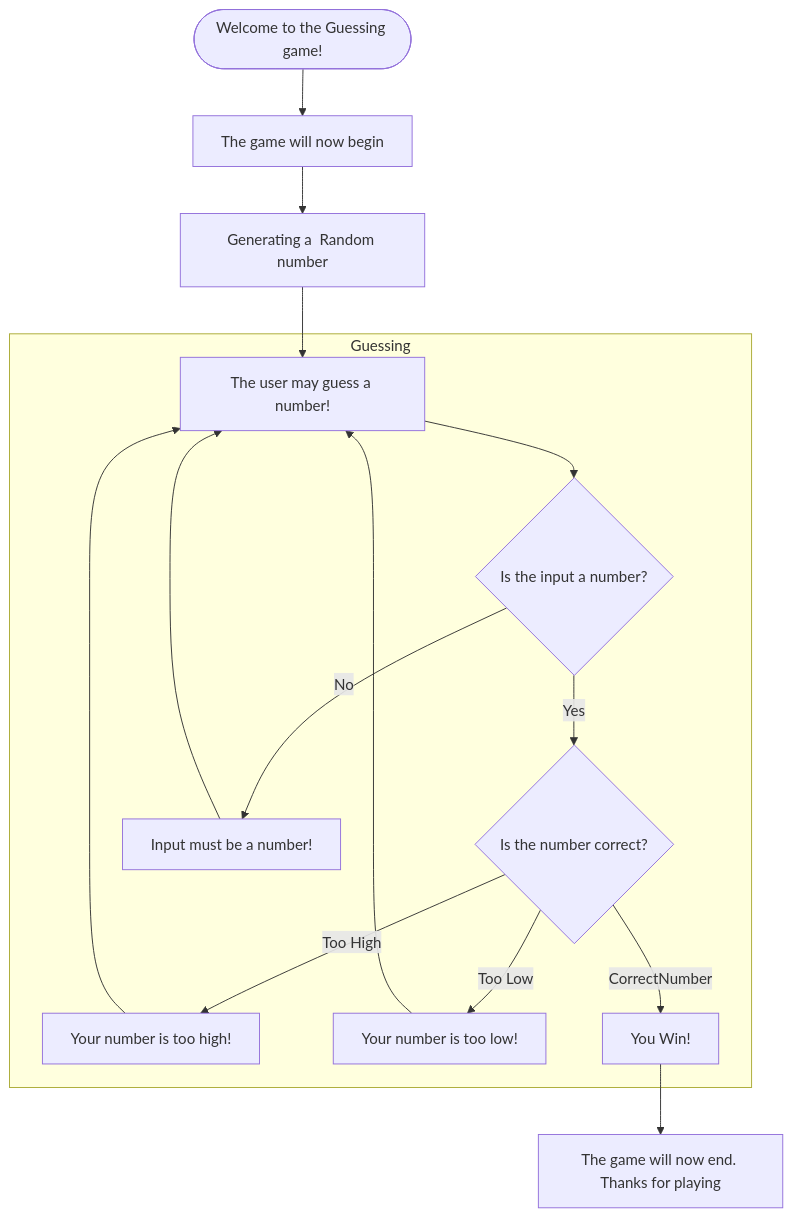
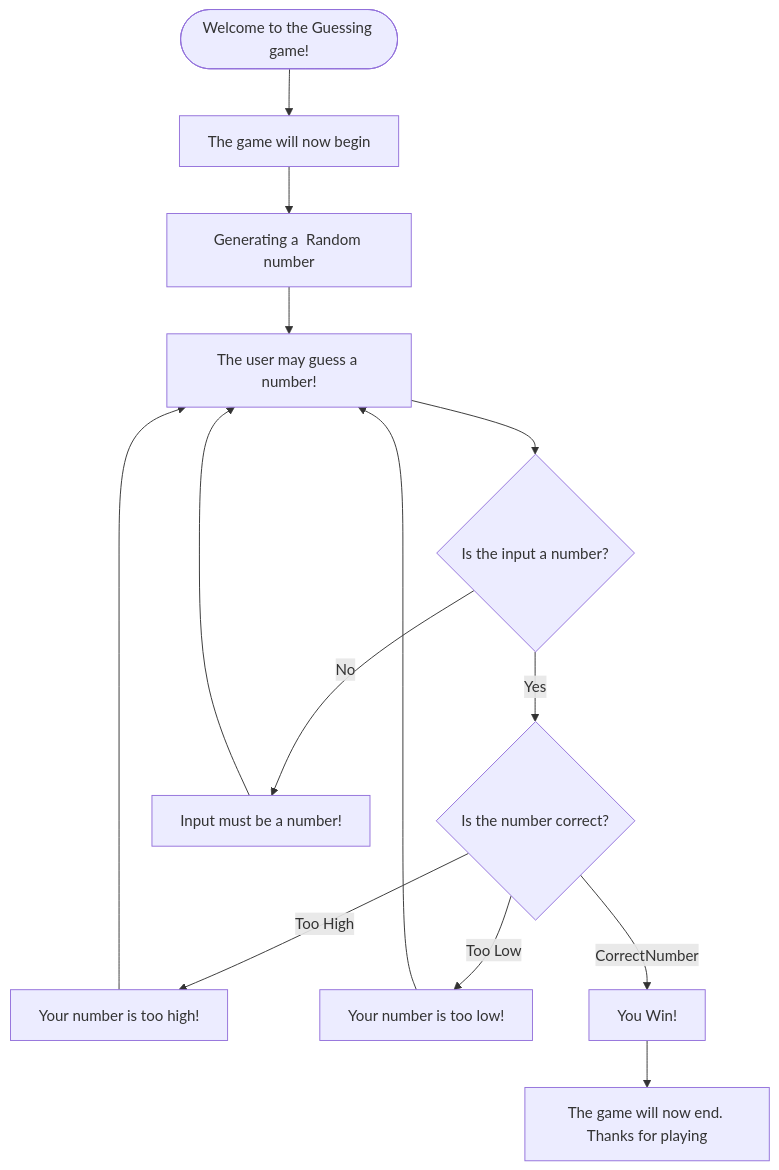
One commit to josh-keilder/josh-keilder.github.io changed the diagram in Guessing.md. Above: the diagram before and after it, drawn with Mermaid.

````diff
--- a/Guessing.md
+++ b/Guessing.md
@@ -1,18 +1,18 @@
 ```mermaid
 flowchart TD
   Start([Welcome to the Guessing game!]) --> Begin["The game will now begin"]
   Begin --> RandomNumber[Generating a  Random number]
   RandomNumber --> Input["The user may guess a number!"]
 
   Input --> IsNumber{Is the input a number?}
 
-  subgraph Guessing
-    IsNumber -- Yes --> CheckCorrect{Is the number correct?}
-    IsNumber -- No --> Error[Input must be a number!] --> Input
-    CheckCorrect -- Too High --> HighNumber[Your number is too high!] --> Input
-    CheckCorrect -- Too Low --> LowNumber[Your number is too low!] --> Input
-    CheckCorrect -- CorrectNumber --> Win["You Win!"]
-  end
+  
+  IsNumber -- Yes --> CheckCorrect{Is the number correct?}
+  IsNumber -- No --> Error[Input must be a number!] --> Input
+  CheckCorrect -- Too High --> HighNumber[Your number is too high!] --> Input
+  CheckCorrect -- Too Low --> LowNumber[Your number is too low!] --> Input
+  CheckCorrect -- CorrectNumber --> Win["You Win!"]
+  
 
   Win --> End[The game will now end. Thanks for playing]
 ```
````
